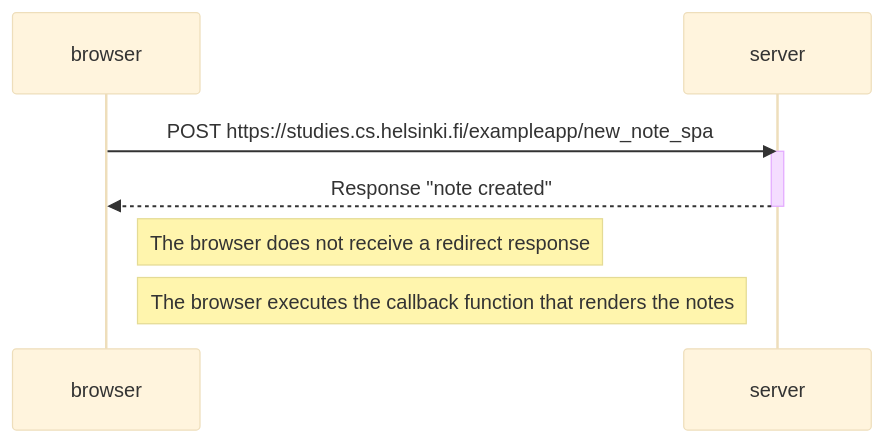
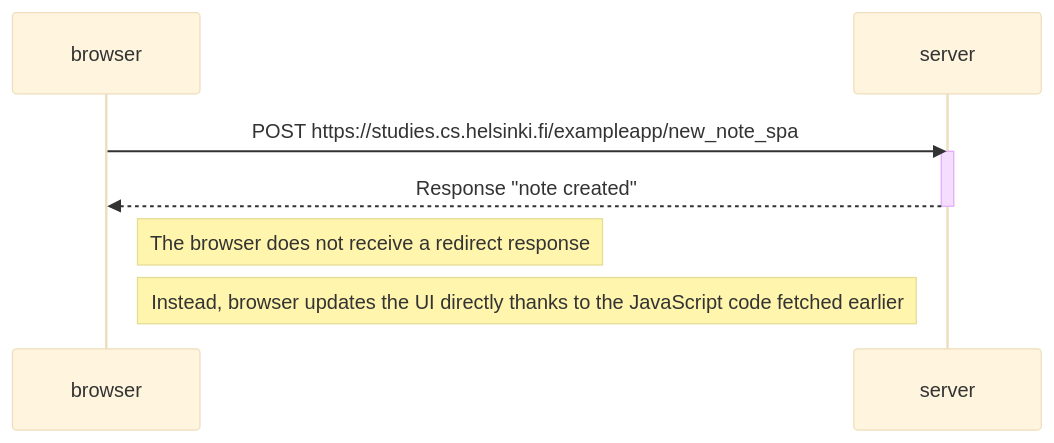
Before and after one commit to Dorian2115/Full_Stack_Open_Course: the diagram in Part 0/exercise_0_5.md, drawn with Mermaid (base theme). The commit also changed 1 other file, not shown here.

Commit message:
zmiana nazwy pierwszego pliku i zadanie drugie v2

````diff
--- a/Part 0/exercise_0_5.md
+++ b/Part 0/exercise_0_5.md
@@ -1,15 +1,12 @@
 ```mermaid
 sequenceDiagram
     participant browser
     participant server
 
     browser->>server: POST https://studies.cs.helsinki.fi/exampleapp/new_note_spa
     activate server
     server-->>browser: Response "note created"
     deactivate server
     Note right of browser: The browser does not receive a redirect response 
-
-    
-
-    Note right of browser: The browser executes the callback function that renders the notes
+    Note right of browser: Instead, browser updates the UI directly thanks to the JavaScript code fetched earlier
 ```
````
